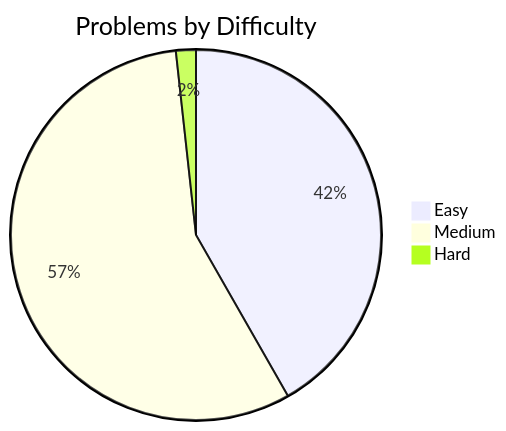
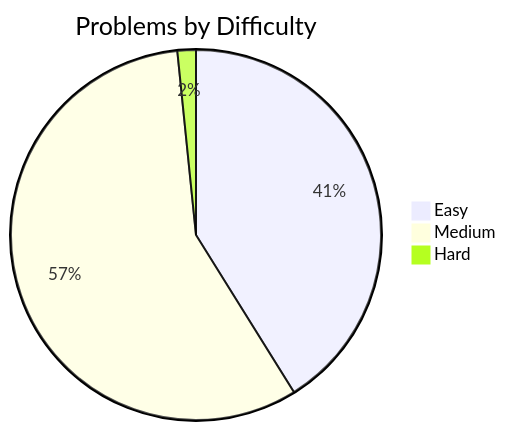
Before and after one commit to Jasjeet-Singh-S/100-days-DSA: the first of 2 diagrams in readme.md, drawn with Mermaid. The commit also changed other lines of this file and 4 other files, not shown here.

````diff
--- a/readme.md
+++ b/readme.md
@@ -19,6 +19,6 @@
 ```mermaid
 pie title Problems by Difficulty
-    "Easy" : 48
-    "Medium" : 65
+    "Easy" : 51
+    "Medium" : 71
     "Hard" : 2
 ```
````
